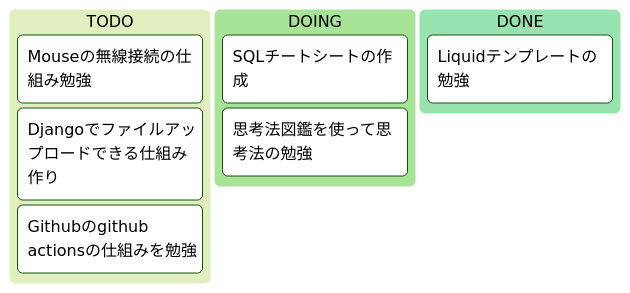
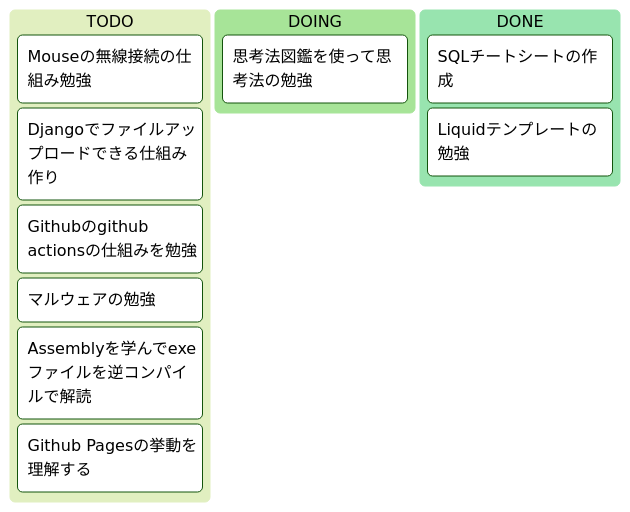
Before and after one commit to ddiddws2/ddiddws2.github.io: the diagram in _posts/2025-10-05-taskboard.md, drawn with Mermaid. The commit also changed other lines of this file and 9 other files, not shown here.

````diff
--- a/_posts/2025-10-05-taskboard.md
+++ b/_posts/2025-10-05-taskboard.md
@@ -14,13 +14,16 @@
 ```mermaid
 %%{init: {'theme':'forest'}}%%
 kanban
   column1[TODO]
     task2[Mouseの無線接続の仕組み勉強]
     task3[Djangoでファイルアップロードできる仕組み作り]
     task5[Githubのgithub actionsの仕組みを勉強]
+    task6[マルウェアの勉強]
+    task7[Assemblyを学んでexeファイルを逆コンパイルで解読]
+    taks8[Github Pagesの挙動を理解する]
   column2[DOING]
-    task1[SQLチートシートの作成]
     task4[思考法図鑑を使って思考法の勉強]
   column3[DONE]
+    task1[SQLチートシートの作成]
     task4[Liquidテンプレートの勉強]
 ```
````
